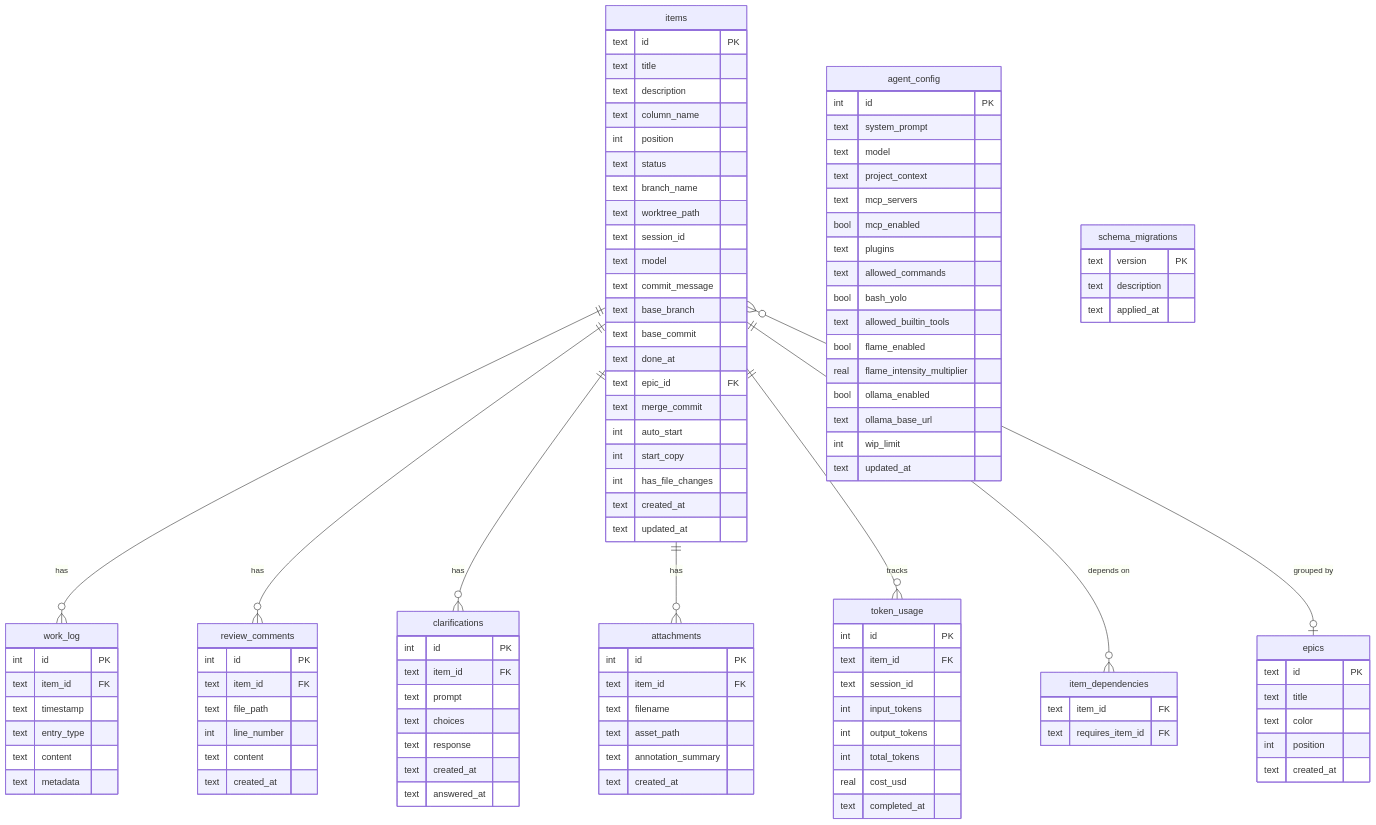
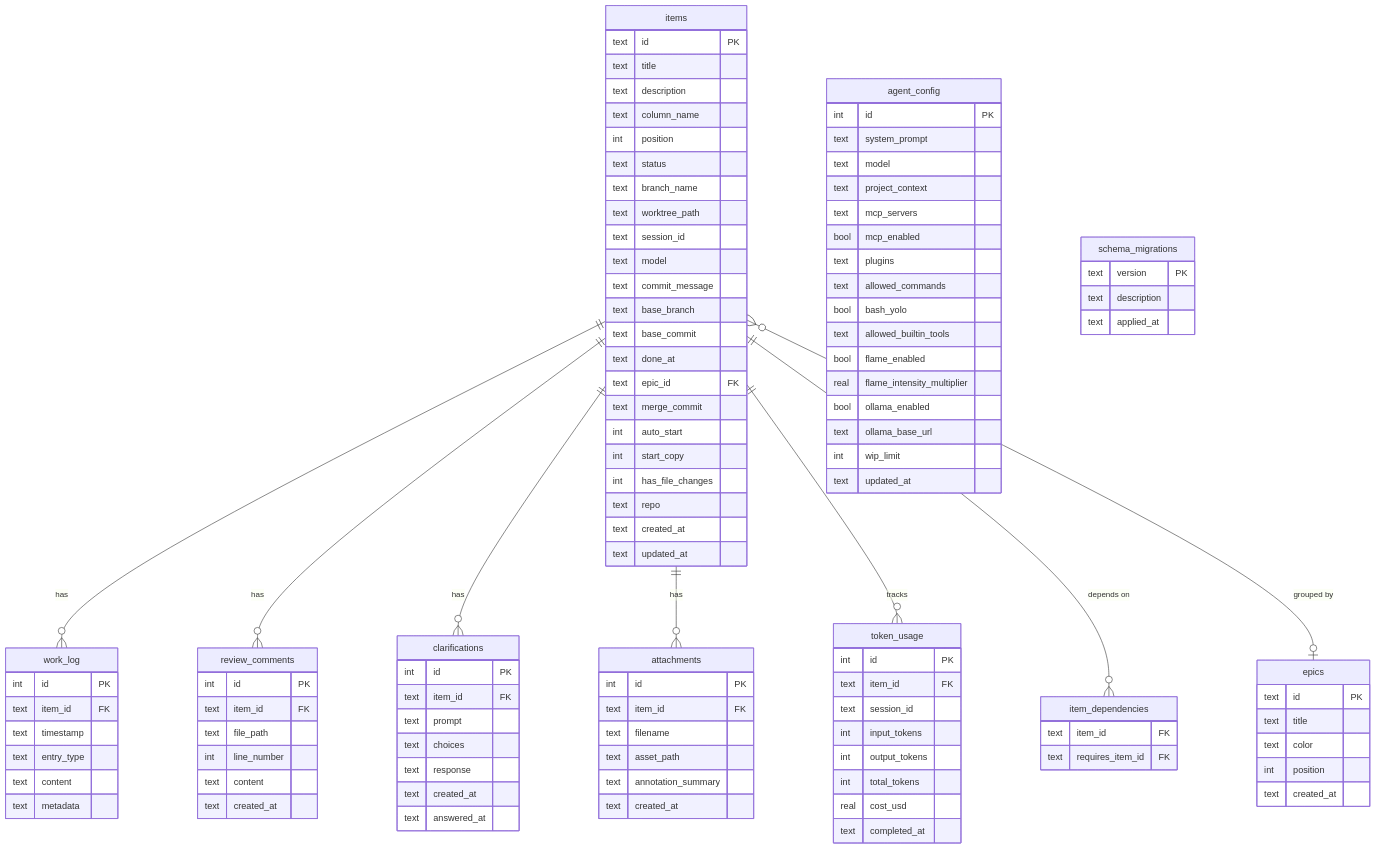
The fourth of 4 diagrams in README.md (epatel/claude-agents-dashboard), drawn with Mermaid before and after one commit. The commit also changed other lines of this file and 5 other files, not shown here.

```diff
--- a/README.md
+++ b/README.md
@@ -264,6 +273,7 @@
         int auto_start
         int start_copy
         int has_file_changes
+        text repo
         text created_at
         text updated_at
     }
```
